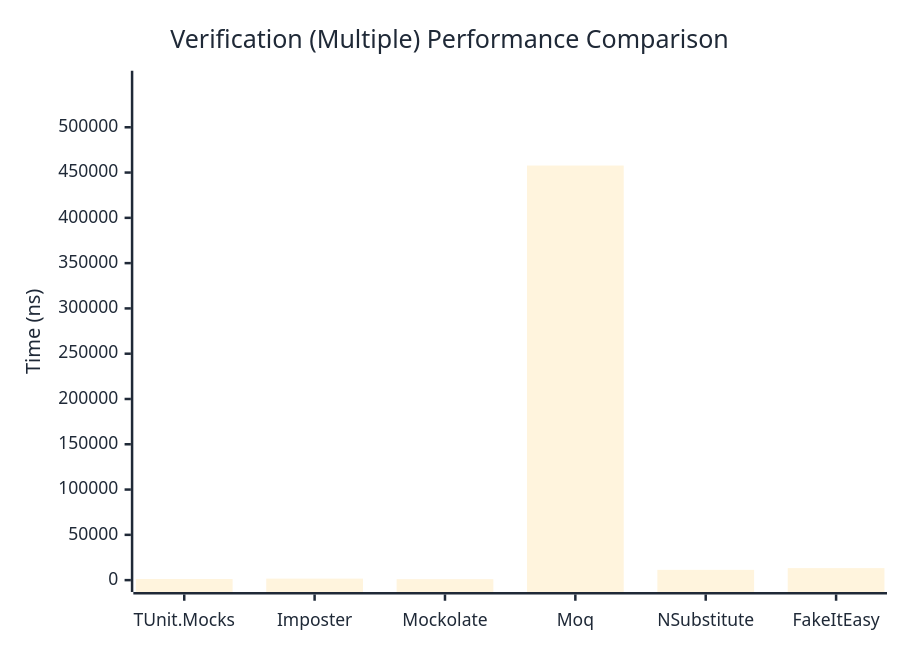
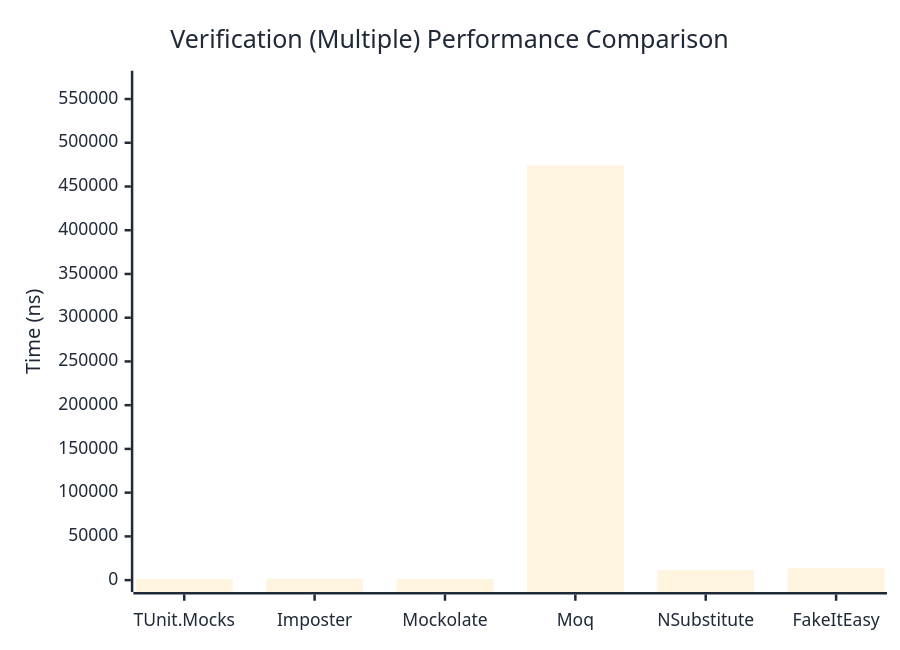
One commit to thomhurst/TUnit changed the third of 3 diagrams in docs/docs/benchmarks/mocks/Verification.md. Above: the diagram before and after it, drawn with Mermaid. The commit also changed other lines of this file and 14 other files, not shown here.

````diff
--- a/docs/docs/benchmarks/mocks/Verification.md
+++ b/docs/docs/benchmarks/mocks/Verification.md
@@ -112,27 +112,27 @@
 ```mermaid
 %%{init: {
   'theme':'base',
   'themeVariables': {
     'primaryColor': '#2563eb',
     'primaryTextColor': '#1f2937',
     'primaryBorderColor': '#1e40af',
     'lineColor': '#6b7280',
     'secondaryColor': '#7c3aed',
     'tertiaryColor': '#dc2626',
     'background': '#ffffff',
     'pie1': '#2563eb',
     'pie2': '#7c3aed',
     'pie3': '#dc2626',
     'pie4': '#f59e0b',
     'pie5': '#10b981',
     'pie6': '#06b6d4',
     'pie7': '#ec4899',
     'pie8': '#6366f1'
   }
 }}%%
 xychart-beta
   title "Verification (Multiple) Performance Comparison"
   x-axis ["TUnit.Mocks", "Imposter", "Mockolate", "Moq", "NSubstitute", "FakeItEasy"]
-  y-axis "Time (ns)" 0 --> 549297
-  bar [1228.73, 1673.95, 1061.56, 457746.83, 11350.13, 13285.5]
+  y-axis "Time (ns)" 0 --> 568746
+  bar [1187.82, 1675.59, 1089.86, 473954.94, 11385.19, 13535.94]
 ```
````
